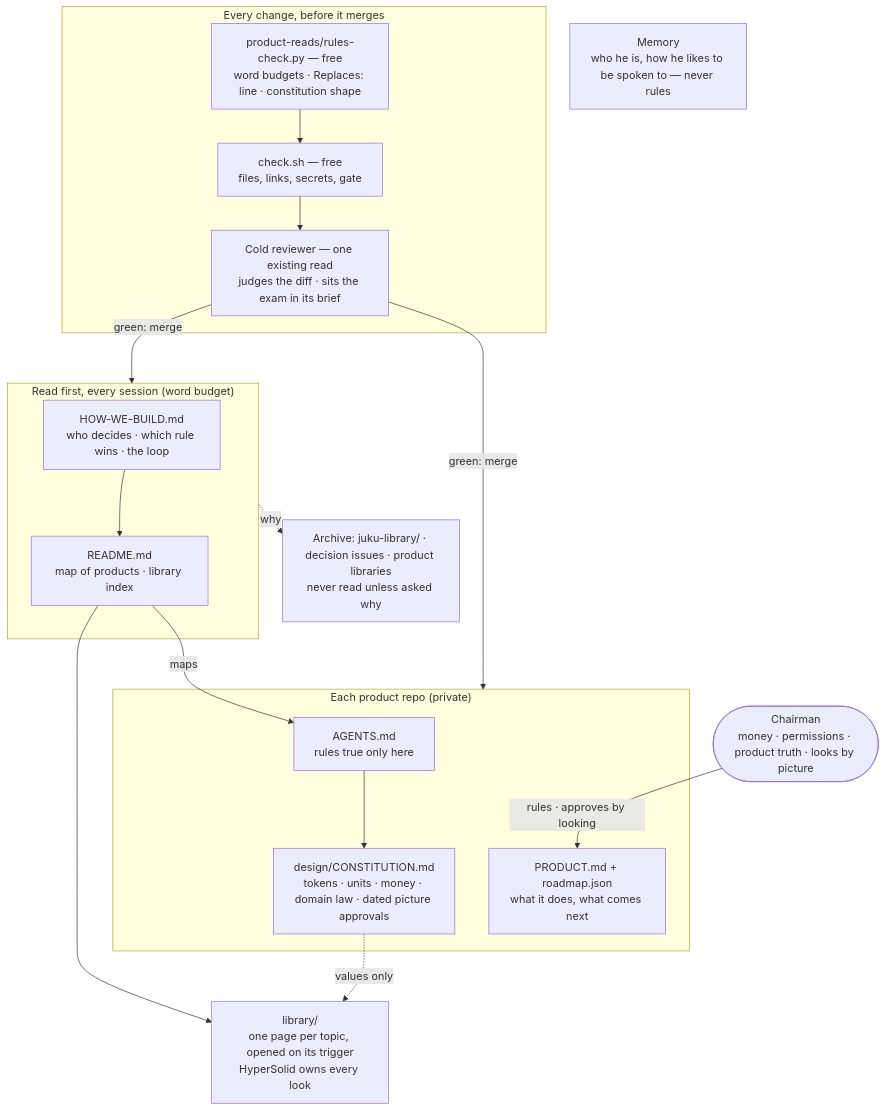
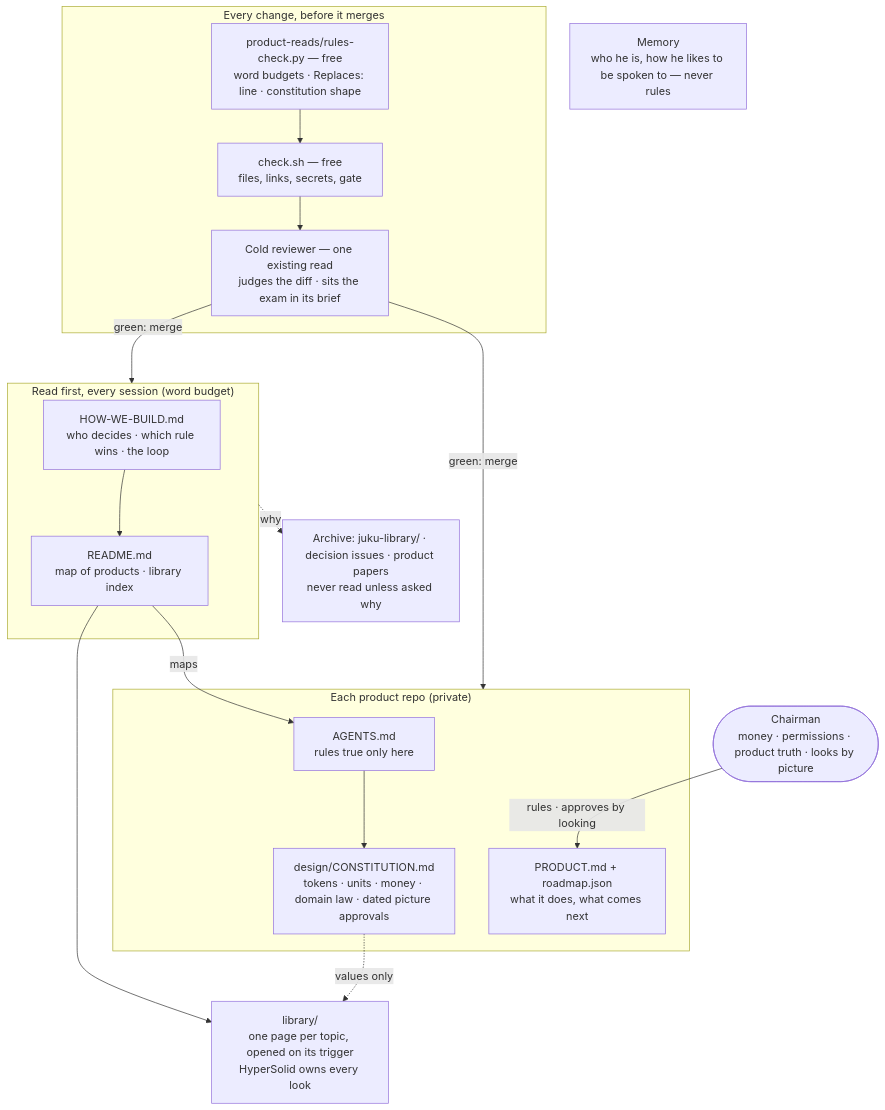
One commit to Adonis80/how-we-build changed the diagram in library/system-map.md. Above: the diagram before and after it, drawn with Mermaid. The commit also changed 13 other files, not shown here.

````diff
--- a/library/system-map.md
+++ b/library/system-map.md
@@ -7,30 +7,30 @@
 ```mermaid
 flowchart TB
   CH(["Chairman<br/>money · permissions · product truth · looks by picture"])
   subgraph READ["Read first, every session (word budget)"]
     HWB["HOW-WE-BUILD.md<br/>who decides · which rule wins · the loop"]
     RD["README.md<br/>map of products · library index"]
   end
   LIB["library/<br/>one page per topic, opened on its trigger<br/>HyperSolid owns every look"]
   subgraph PROD["Each product repo (private)"]
     AG["AGENTS.md<br/>rules true only here"]
     CON["design/CONSTITUTION.md<br/>tokens · units · money · domain law · dated picture approvals"]
     PD["PRODUCT.md + roadmap.json<br/>what it does, what comes next"]
   end
-  ARC["Archive: juku-library/ · decision issues · product libraries<br/>never read unless asked why"]
+  ARC["Archive: juku-library/ · decision issues · product papers<br/>never read unless asked why"]
   MEM["Memory<br/>who he is, how he likes to be spoken to — never rules"]
   subgraph CHECKS["Every change, before it merges"]
     RC["product-reads/rules-check.py — free<br/>word budgets · Replaces: line · constitution shape"]
     CK["check.sh — free<br/>files, links, secrets, gate"]
     RV["Cold reviewer — one existing read<br/>judges the diff · sits the exam in its brief"]
   end
   CH -- "rules · approves by looking" --> PD
   HWB --> RD --> LIB
   RD -- "maps" --> AG
   AG --> CON
   CON -. "values only" .-> LIB
   RC --> CK --> RV
   RV -- "green: merge" --> READ
   RV -- "green: merge" --> PROD
   READ -. "why" .-> ARC
 ```
````
